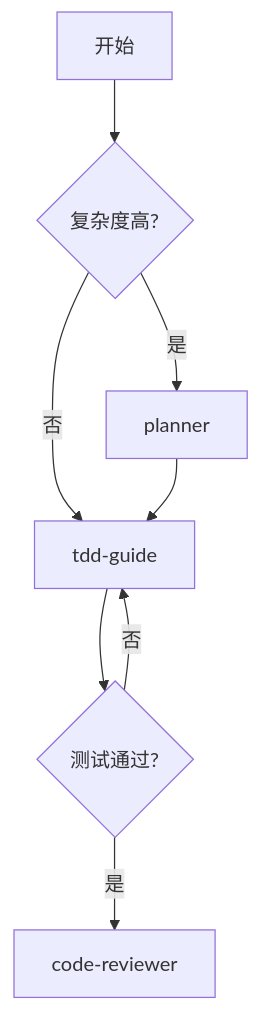
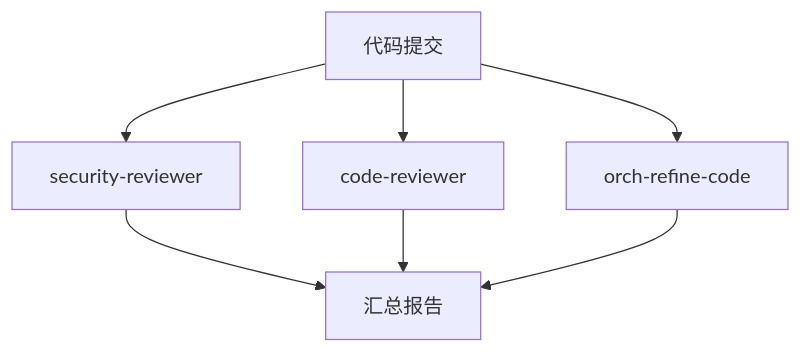
One commit to binbinao/everything-claude-code changed the third of 3 diagrams in ecc-docs/docs/advanced/multi-agent.md. Above: the diagram before and after it, drawn with Mermaid. The commit also changed other lines of this file and 12 other files, not shown here.

````diff
--- a/ecc-docs/docs/advanced/multi-agent.md
+++ b/ecc-docs/docs/advanced/multi-agent.md
@@ -57,10 +81,9 @@
 ```mermaid
 graph TD
-    A[开始] --> B{复杂度高?}
-    B -->|是| C[planner]
-    B -->|否| D[tdd-guide]
-    C --> D
-    D --> E{测试通过?}
-    E -->|是| F[code-reviewer]
-    E -->|否| D
+    A[代码提交] --> B[security-reviewer]
+    A --> C[code-reviewer]
+    A --> D[orch-refine-code]
+    B --> E[汇总报告]
+    C --> E
+    D --> E
 ```
````
